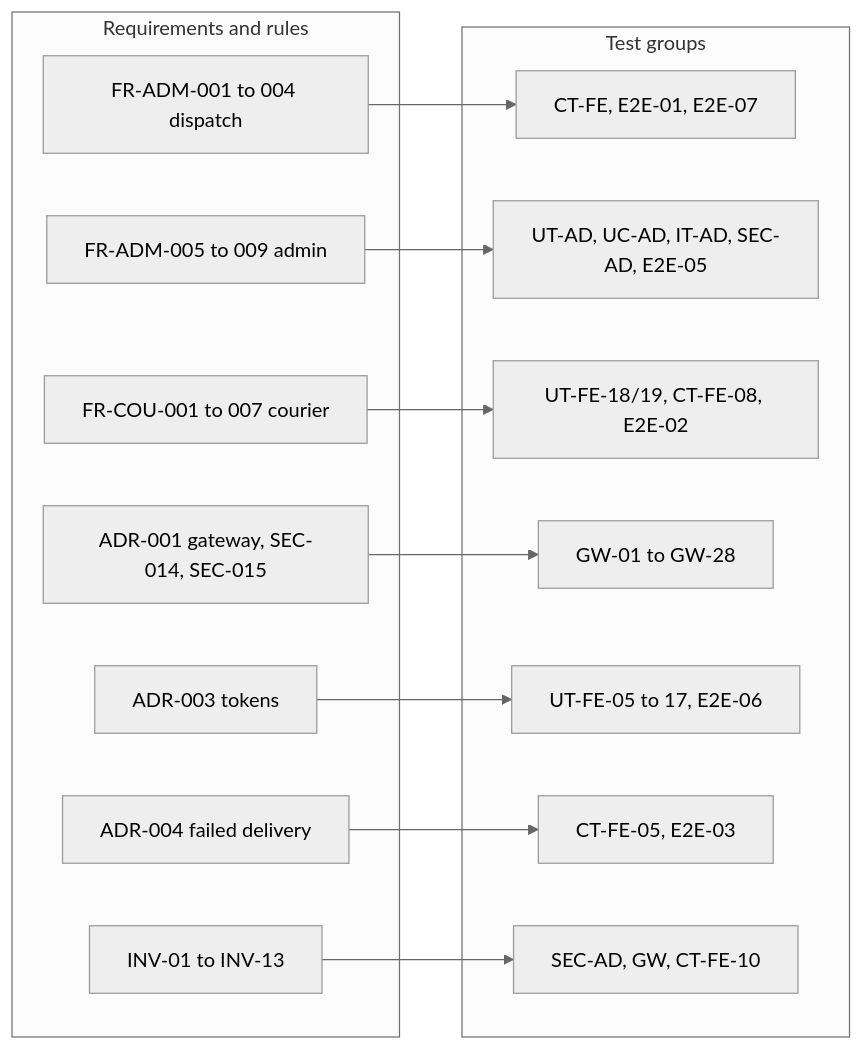
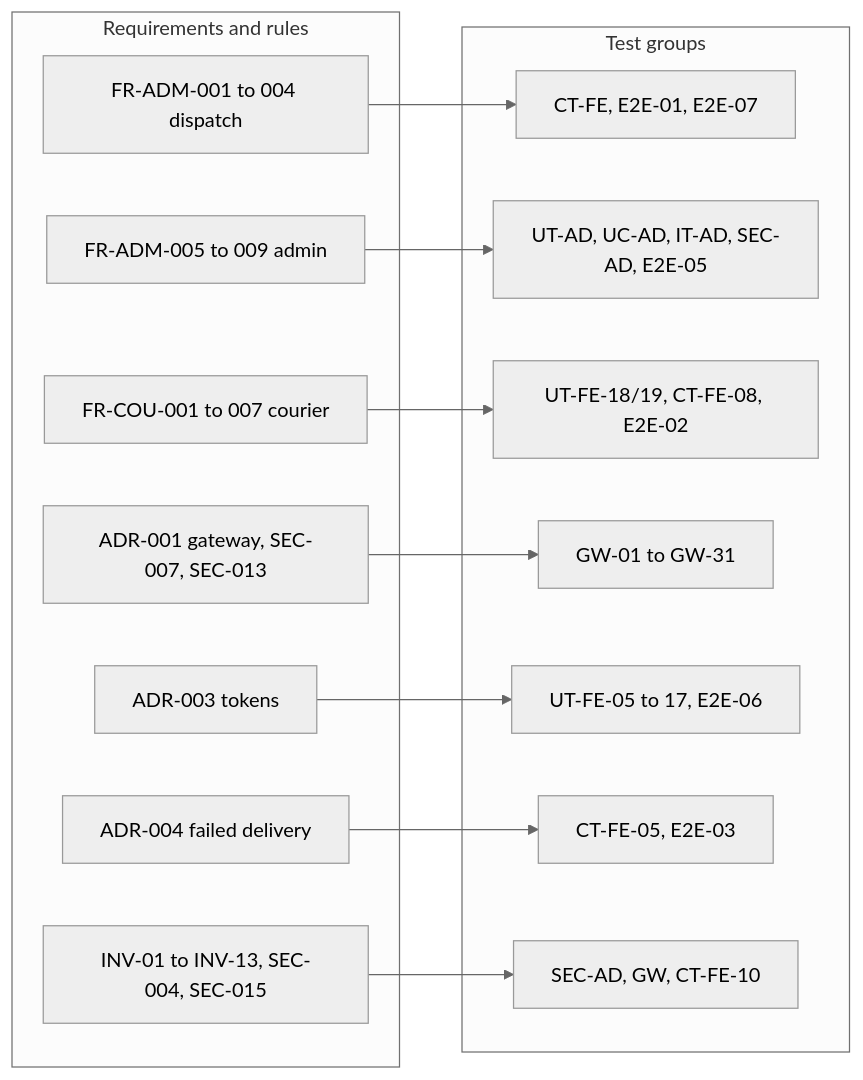
One commit to phantomTroupeEAD/SwiftDrop changed the fourth of 8 diagrams in docs/drafts/member-07-dispatcher-admin-web-gateway/doc-06-testing-strategy-and-acceptance.md. Above: the diagram before and after it, drawn with Mermaid (neutral theme). The commit also changed other lines of this file and 125 other files, not shown here.

````diff
--- a/docs/drafts/member-07-dispatcher-admin-web-gateway/doc-06-testing-strategy-and-acceptance.md
+++ b/docs/drafts/member-07-dispatcher-admin-web-gateway/doc-06-testing-strategy-and-acceptance.md
@@ -313,28 +322,28 @@
 ```mermaid
 flowchart LR
     subgraph REQ["Requirements and rules"]
         R1["FR-ADM-001 to 004 dispatch"]
         R2["FR-ADM-005 to 009 admin"]
         R3["FR-COU-001 to 007 courier"]
-        R4["ADR-001 gateway, SEC-014, SEC-015"]
+        R4["ADR-001 gateway, SEC-007, SEC-013"]
         R5["ADR-003 tokens"]
         R6["ADR-004 failed delivery"]
-        R7["INV-01 to INV-13"]
+        R7["INV-01 to INV-13, SEC-004, SEC-015"]
     end
     subgraph TST["Test groups"]
         T1["CT-FE, E2E-01, E2E-07"]
         T2["UT-AD, UC-AD, IT-AD, SEC-AD, E2E-05"]
         T3["UT-FE-18/19, CT-FE-08, E2E-02"]
-        T4["GW-01 to GW-28"]
+        T4["GW-01 to GW-31"]
         T5["UT-FE-05 to 17, E2E-06"]
         T6["CT-FE-05, E2E-03"]
         T7["SEC-AD, GW, CT-FE-10"]
     end
     R1 --> T1
     R2 --> T2
     R3 --> T3
     R4 --> T4
     R5 --> T5
     R6 --> T6
     R7 --> T7
 ```
````
